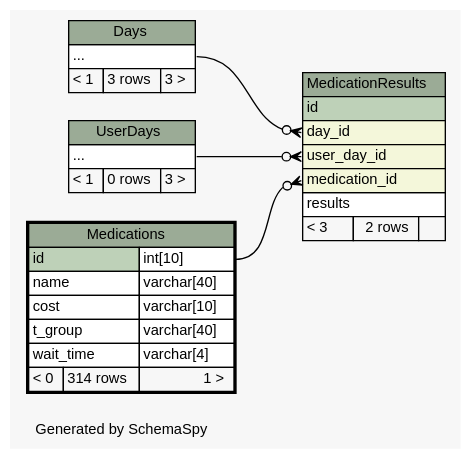
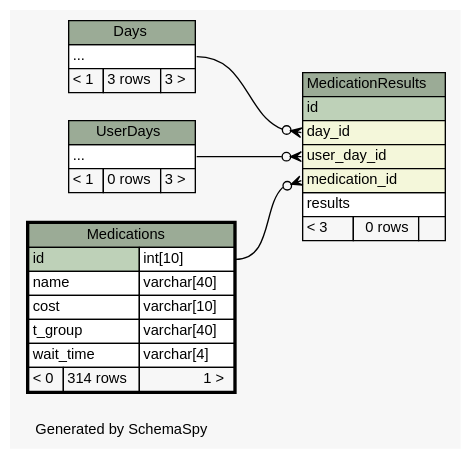
Before and after one commit to carrel2/CaseStudies: the diagram in web/files/schema/diagrams/Medications.2degrees.dot, drawn with Graphviz. The commit also changed 170 other files, not shown here.

```diff
--- a/web/files/schema/diagrams/Medications.2degrees.dot
+++ b/web/files/schema/diagrams/Medications.2degrees.dot
@@ -1,73 +1,73 @@
 // dot 2.38.0 on Linux 4.4.0-77-generic
 // SchemaSpy rev 590
 digraph "twoDegreesRelationshipsDiagram" {
   graph [
     rankdir="RL"
     bgcolor="#f7f7f7"
     label="\nGenerated by SchemaSpy"
     labeljust="l"
     nodesep="0.18"
     ranksep="0.46"
     fontname="Helvetica"
     fontsize="11"
   ];
   node [
     fontname="Helvetica"
     fontsize="11"
     shape="plaintext"
   ];
   edge [
     arrowsize="0.8"
   ];
   "MedicationResults":"day_id":w -> "Days":"elipses":e [arrowhead=none dir=back arrowtail=crowodot];
   "MedicationResults":"medication_id":w -> "Medications":"id.type":e [arrowhead=none dir=back arrowtail=crowodot];
   "MedicationResults":"user_day_id":w -> "UserDays":"elipses":e [arrowhead=none dir=back arrowtail=crowodot];
   "Days" [
     label=<
     <TABLE BORDER="0" CELLBORDER="1" CELLSPACING="0" BGCOLOR="#ffffff">
       <TR><TD COLSPAN="3" BGCOLOR="#9bab96" ALIGN="CENTER">Days</TD></TR>
       <TR><TD PORT="elipses" COLSPAN="3" ALIGN="LEFT">...</TD></TR>
       <TR><TD ALIGN="LEFT" BGCOLOR="#f7f7f7">&lt; 1</TD><TD ALIGN="RIGHT" BGCOLOR="#f7f7f7">3 rows</TD><TD ALIGN="RIGHT" BGCOLOR="#f7f7f7">3 &gt;</TD></TR>
     </TABLE>>
     URL="Days.html"
     tooltip="Days"
   ];
   "MedicationResults" [
     label=<
     <TABLE BORDER="0" CELLBORDER="1" CELLSPACING="0" BGCOLOR="#ffffff">
       <TR><TD COLSPAN="3" BGCOLOR="#9bab96" ALIGN="CENTER">MedicationResults</TD></TR>
       <TR><TD PORT="id" COLSPAN="3" BGCOLOR="#bed1b8" ALIGN="LEFT">id</TD></TR>
       <TR><TD PORT="day_id" COLSPAN="3" BGCOLOR="#f4f7da" ALIGN="LEFT">day_id</TD></TR>
       <TR><TD PORT="user_day_id" COLSPAN="3" BGCOLOR="#f4f7da" ALIGN="LEFT">user_day_id</TD></TR>
       <TR><TD PORT="medication_id" COLSPAN="3" BGCOLOR="#f4f7da" ALIGN="LEFT">medication_id</TD></TR>
       <TR><TD PORT="results" COLSPAN="3" ALIGN="LEFT">results</TD></TR>
-      <TR><TD ALIGN="LEFT" BGCOLOR="#f7f7f7">&lt; 3</TD><TD ALIGN="RIGHT" BGCOLOR="#f7f7f7">2 rows</TD><TD ALIGN="RIGHT" BGCOLOR="#f7f7f7">  </TD></TR>
+      <TR><TD ALIGN="LEFT" BGCOLOR="#f7f7f7">&lt; 3</TD><TD ALIGN="RIGHT" BGCOLOR="#f7f7f7">0 rows</TD><TD ALIGN="RIGHT" BGCOLOR="#f7f7f7">  </TD></TR>
     </TABLE>>
     URL="MedicationResults.html"
     tooltip="MedicationResults"
   ];
   "Medications" [
     label=<
     <TABLE BORDER="2" CELLBORDER="1" CELLSPACING="0" BGCOLOR="#ffffff">
       <TR><TD COLSPAN="3" BGCOLOR="#9bab96" ALIGN="CENTER">Medications</TD></TR>
       <TR><TD PORT="id" COLSPAN="2" BGCOLOR="#bed1b8" ALIGN="LEFT">id</TD><TD PORT="id.type" ALIGN="LEFT">int[10]</TD></TR>
       <TR><TD PORT="name" COLSPAN="2" ALIGN="LEFT">name</TD><TD PORT="name.type" ALIGN="LEFT">varchar[40]</TD></TR>
       <TR><TD PORT="cost" COLSPAN="2" ALIGN="LEFT">cost</TD><TD PORT="cost.type" ALIGN="LEFT">varchar[10]</TD></TR>
       <TR><TD PORT="t_group" COLSPAN="2" ALIGN="LEFT">t_group</TD><TD PORT="t_group.type" ALIGN="LEFT">varchar[40]</TD></TR>
       <TR><TD PORT="wait_time" COLSPAN="2" ALIGN="LEFT">wait_time</TD><TD PORT="wait_time.type" ALIGN="LEFT">varchar[4]</TD></TR>
       <TR><TD ALIGN="LEFT" BGCOLOR="#f7f7f7">&lt; 0</TD><TD ALIGN="RIGHT" BGCOLOR="#f7f7f7">314 rows</TD><TD ALIGN="RIGHT" BGCOLOR="#f7f7f7">1 &gt;</TD></TR>
     </TABLE>>
     URL="Medications.html"
     tooltip="Medications"
   ];
   "UserDays" [
     label=<
     <TABLE BORDER="0" CELLBORDER="1" CELLSPACING="0" BGCOLOR="#ffffff">
       <TR><TD COLSPAN="3" BGCOLOR="#9bab96" ALIGN="CENTER">UserDays</TD></TR>
       <TR><TD PORT="elipses" COLSPAN="3" ALIGN="LEFT">...</TD></TR>
       <TR><TD ALIGN="LEFT" BGCOLOR="#f7f7f7">&lt; 1</TD><TD ALIGN="RIGHT" BGCOLOR="#f7f7f7">0 rows</TD><TD ALIGN="RIGHT" BGCOLOR="#f7f7f7">3 &gt;</TD></TR>
     </TABLE>>
     URL="UserDays.html"
     tooltip="UserDays"
   ];
 }
```
